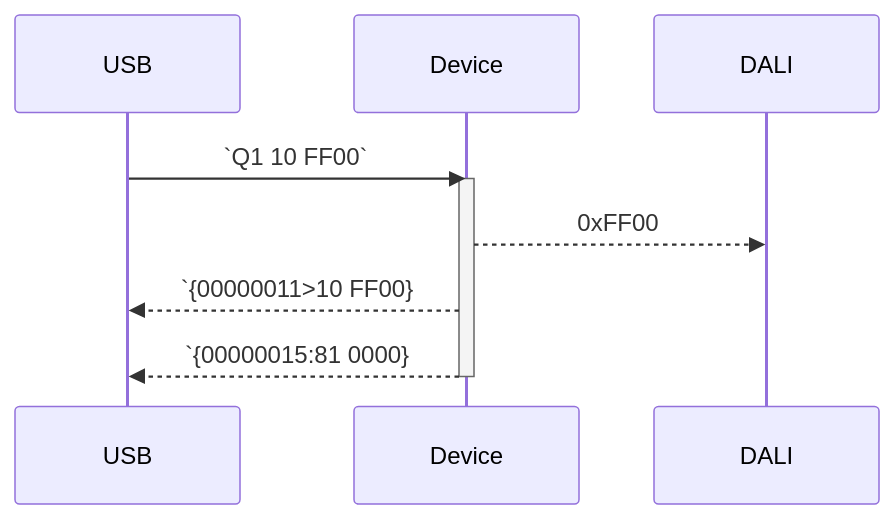
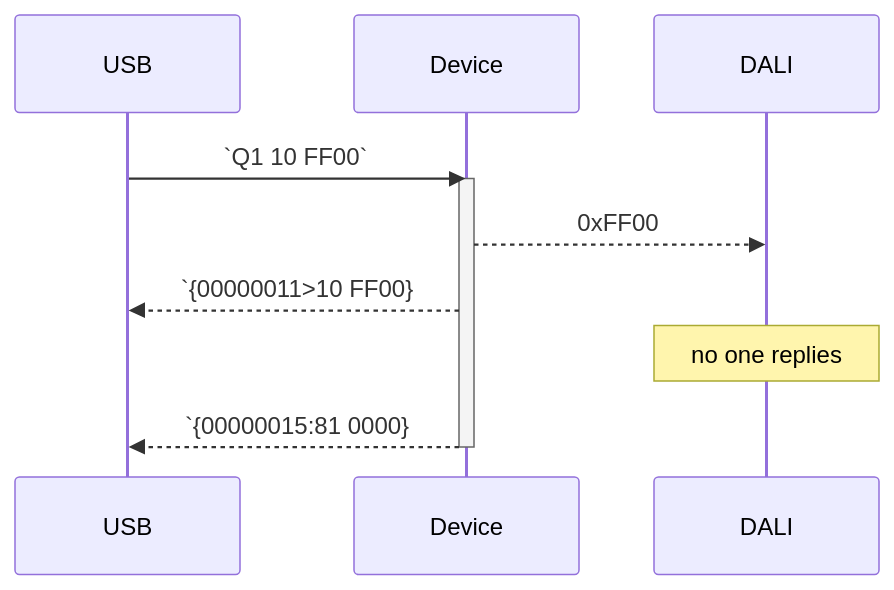
One commit to SvenHaedrich/dali_usb_lpc1114 changed the second of 2 diagrams in doc/messages.md. Above: the diagram before and after it, drawn with Mermaid.

Commit message:
add note

````diff
--- a/doc/messages.md
+++ b/doc/messages.md
@@ -48,12 +48,13 @@
 ```mermaid
 sequenceDiagram
     participant USB
     participant Device
     participant DALI
     USB ->> Device: `Q1 10 FF00`
     activate Device
     Device -->> DALI: 0xFF00
     Device -->> USB: `{00000011>10 FF00}
+    Note over DALI: no one replies 
     Device -->> USB: `{00000015:81 0000}
     deactivate Device
 ```
````
